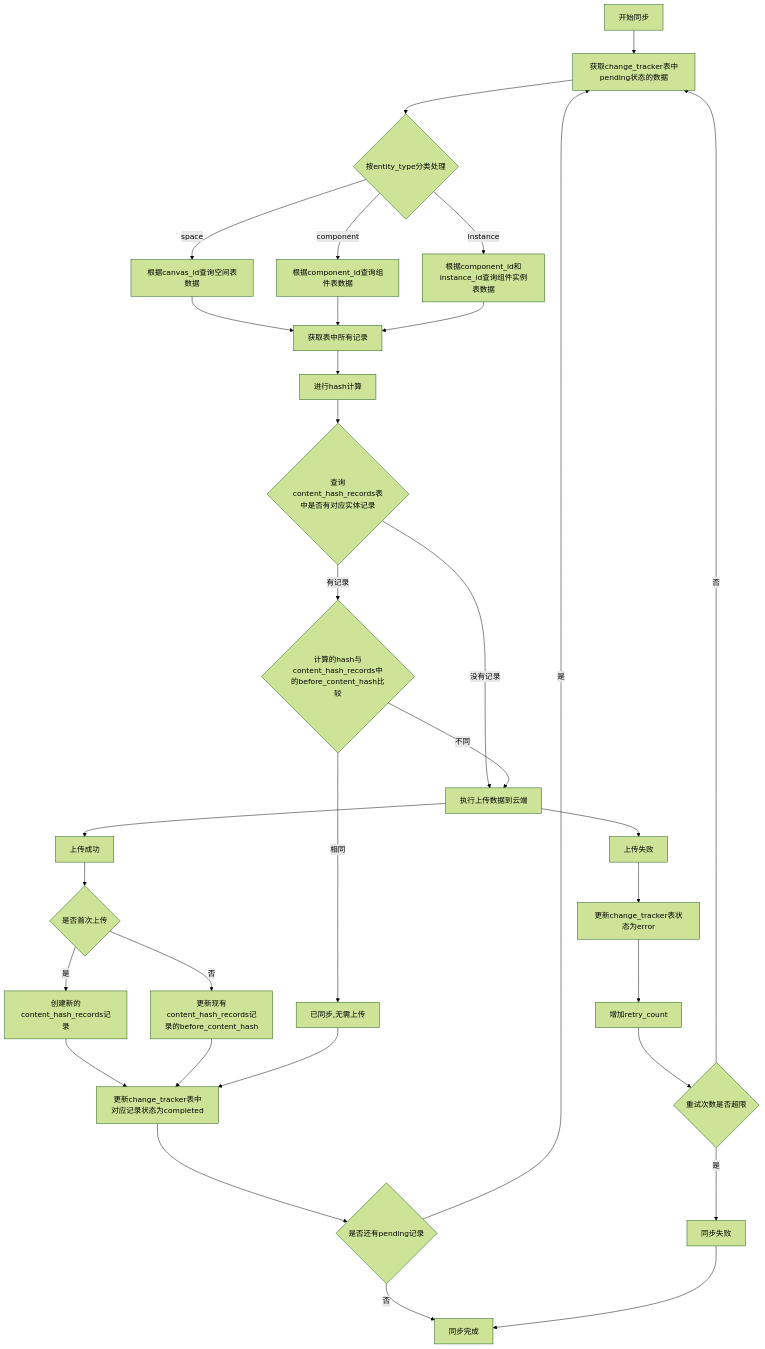
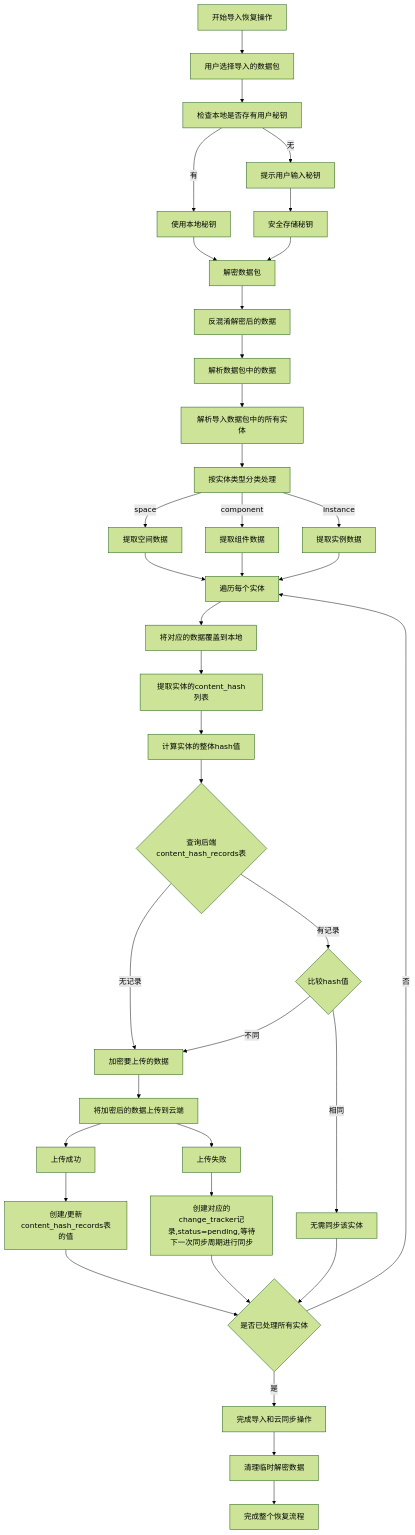
One commit to yingjianzh/iodraw-files changed the diagram in all/未命名-46.md. Above: the diagram before and after it, drawn with Mermaid (forest theme).

Commit message:
2025-04-28 15:54:21 update

````diff
--- a/all/未命名-46.md
+++ b/all/未命名-46.md
@@ -1,47 +1,59 @@
 ```mermaid
 
 flowchart TD
-    A[开始同步] --> B[获取change_tracker表中pending状态的数据]
-    B --> C{按entity_type分类处理}
+    A[开始导入恢复操作] --> B[用户选择导入的数据包]
+    B --> B1[检查本地是否存有用户秘钥]
     
-    C -->|space| D1[根据canvas_id查询空间表数据]
-    C -->|component| D2[根据component_id查询组件表数据]
-    C -->|instance| D3[根据component_id和instance_id查询组件实例表数据]
+    B1 -->|有| B3[使用本地秘钥]
+    B1 -->|无| B4[提示用户输入秘钥]
+
+
+    B4 --> B8[安全存储秘钥]
+    B3 --> B10[解密数据包]
+    B8 --> B10
     
-    D1 --> E1[获取表中所有记录]
-    D2 --> E1
-    D3 --> E1
+    B10 --> B11[反混淆解密后的数据]
+    B11 --> C[解析数据包中的数据]
     
-    E1 --> E2[进行hash计算]
+    C --> D[解析导入数据包中的所有实体]
+    D --> G[按实体类型分类处理]
+    
+    G -->|space| H1[提取空间数据]
+    G -->|component| H2[提取组件数据]
+    G -->|instance| H3[提取实例数据]
+    
+    H1 --> I[遍历每个实体]
+    H2 --> I
+    H3 --> I
+    
+    I --> Save[将对应的数据覆盖到本地]
+    Save --> J[提取实体的content_hash列表]
+    J --> K[计算实体的整体hash值]
+    
+    K --> L{查询后端content_hash_records表}
+    L -->|无记录| M1[加密要上传的数据]
+    M1 --> M1a[将加密后的数据上传到云端]
+    M1a --> N1[上传成功]
+    M1a --> N2[上传失败]
+    
+    N2 --> N3[创建对应的change_tracker记录,status=pending,等待下一次同步周期进行同步]
+    N3 --> S
+    N1 --> M4[创建/更新content_hash_records表的值]
+
+
+    L -->|有记录| M2{比较hash值}
+    M2 -->|不同| M1
+
+    M2 -->|相同| M3[无需同步该实体]
     
     
-    E2 --> I1{查询content_hash_records表中是否有对应实体记录}
-    I1 -->|没有记录| K[执行上传数据到云端]
-    I1 -->|有记录| I2{计算的hash与content_hash_records中的before_content_hash比较}
-    I2 -->|相同| J[已同步,无需上传]
-    I2 -->|不同| K
+    M3 --> S{是否已处理所有实体}
+    M4 --> S{是否已处理所有实体}
     
-    K --> L[上传成功]
-    L --> M1{是否首次上传}
-    M1 -->|是| M2[创建新的content_hash_records记录]
-    M1 -->|否| M3[更新现有content_hash_records记录的before_content_hash]
+    S -->|否| I
+    S -->|是| T[完成导入和云同步操作]
     
-    M2 --> N[更新change_tracker表中对应记录状态为completed]
-    M3 --> N
-    
-    J --> N
-    
-    N --> O{是否还有pending记录}
-    O -->|是| B
-    O -->|否| P[同步完成]
-    
-    K --> Q[上传失败]
-    Q --> R[更新change_tracker表状态为error]
-    R --> S[增加retry_count]
-    S --> T{重试次数是否超限}
-    T -->|是| U[同步失败]
-    T -->|否| B
-    
-    U --> P
+    T --> U[清理临时解密数据]
+    U --> V[完成整个恢复流程]
 
 ```
````
